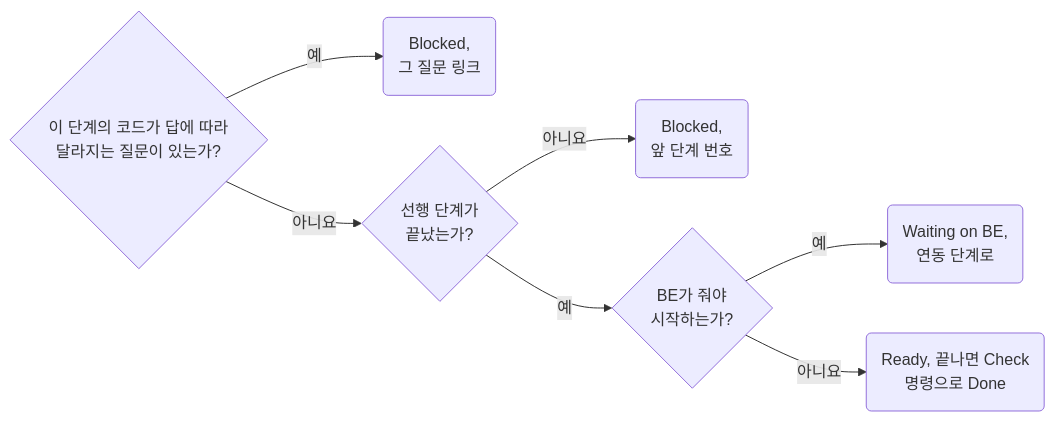
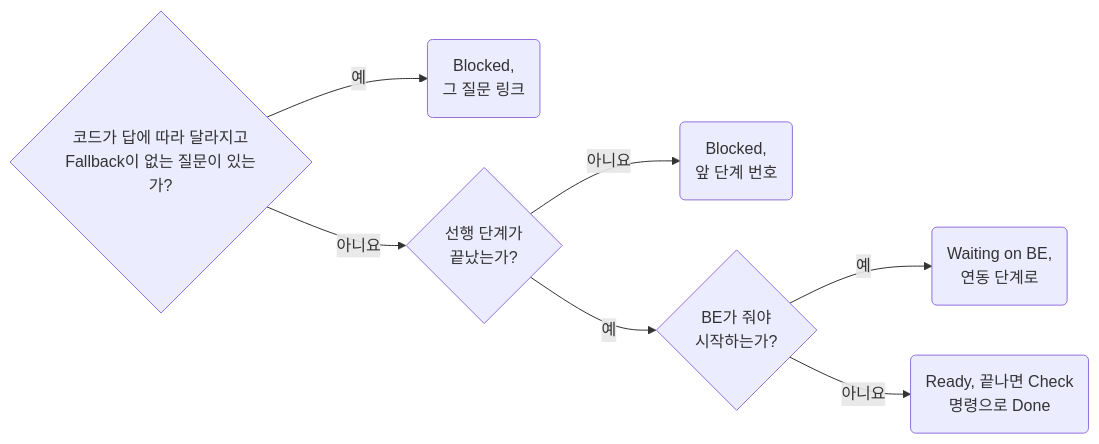
Before and after one commit to nomeehej/agent-conventions: the diagram in skill/blueprint/rules/05-01-stage-split-work-into-gated-stages.md, drawn with Mermaid. The commit also changed other lines of this file and 59 other files, not shown here.

````diff
--- a/skill/blueprint/rules/05-01-stage-split-work-into-gated-stages.md
+++ b/skill/blueprint/rules/05-01-stage-split-work-into-gated-stages.md
@@ -20,7 +20,7 @@
 ```mermaid
 flowchart LR
-	q1{"이 단계의 코드가 답에 따라<br>달라지는 질문이 있는가?"} -- 예 --> r1("Blocked,<br>그 질문 링크")
+	q1{"코드가 답에 따라 달라지고<br>Fallback이 없는 질문이 있는가?"} -- 예 --> r1("Blocked,<br>그 질문 링크")
 	q1 -- 아니요 --> q2{"선행 단계가<br>끝났는가?"} -- 아니요 --> r2("Blocked,<br>앞 단계 번호")
 	q2 -- 예 --> q3{"BE가 줘야<br>시작하는가?"} -- 예 --> r3("Waiting on BE,<br>연동 단계로")
 	q3 -- 아니요 --> r4("Ready, 끝나면 Check<br>명령으로 Done")
 ```
````
